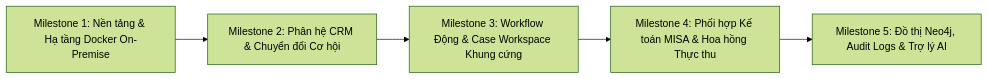
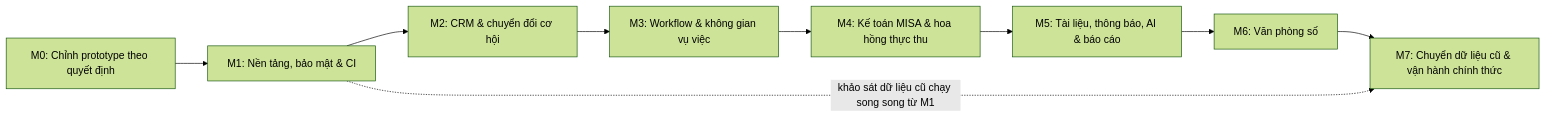
One commit to namth/asl-erp-v2 changed the diagram in docs/11-tasks.md. Above: the diagram before and after it, drawn with Mermaid (forest theme). The commit also changed other lines of this file and 84 other files, not shown here.

````diff
--- a/docs/11-tasks.md
+++ b/docs/11-tasks.md
@@ -5,7 +12,11 @@
 ```mermaid
 flowchart LR
-    M1["Milestone 1: Nền tảng & Hạ tầng Docker On-Premise"] --> M2["Milestone 2: Phân hệ CRM & Chuyển đổi Cơ hội"]
-    M2 --> M3["Milestone 3: Workflow Động & Case Workspace Khung cứng"]
-    M3 --> M4["Milestone 4: Phối hợp Kế toán MISA & Hoa hồng Thực thu"]
-    M4 --> M5["Milestone 5: Đồ thị Neo4j, Audit Logs & Trợ lý AI"]
+    M0["M0: Chỉnh prototype theo quyết định"] --> M1["M1: Nền tảng, bảo mật & CI"]
+    M1 --> M2["M2: CRM & chuyển đổi cơ hội"]
+    M2 --> M3["M3: Workflow & không gian vụ việc"]
+    M3 --> M4["M4: Kế toán MISA & hoa hồng thực thu"]
+    M4 --> M5["M5: Tài liệu, thông báo, AI & báo cáo"]
+    M5 --> M6["M6: Văn phòng số"]
+    M6 --> M7["M7: Chuyển dữ liệu cũ & vận hành chính thức"]
+    M1 -. "khảo sát dữ liệu cũ chạy song song từ M1" .-> M7
 ```
````
